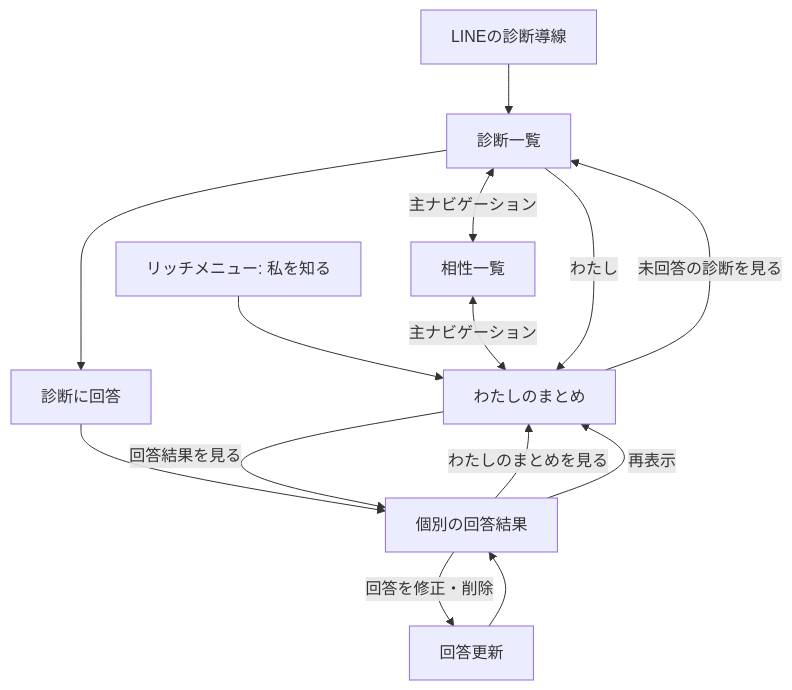
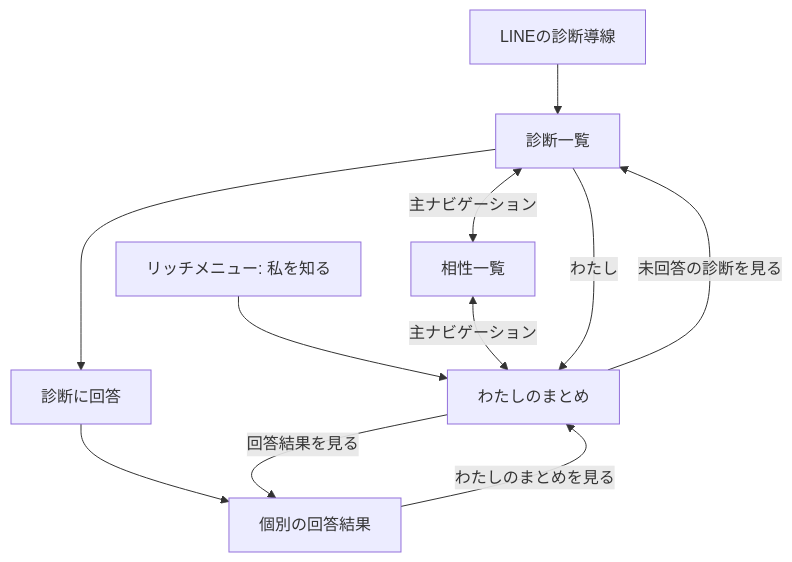
The first of 3 diagrams in docs/product/profile-summary-experience.md (kkyosuke/me-builder), drawn with Mermaid before and after one commit. The commit also changed other lines of this file and 57 other files, not shown here.

````diff
--- a/docs/product/profile-summary-experience.md
+++ b/docs/product/profile-summary-experience.md
@@ -149,16 +149,13 @@
 ```mermaid
 flowchart TD
     L[LINEの診断導線] --> H[診断一覧]
     M[リッチメニュー: 私を知る] --> P[わたしのまとめ]
     H <-->|主ナビゲーション| C[相性一覧]
     C <-->|主ナビゲーション| P
     H --> Q[診断に回答]
     Q --> R[個別の回答結果]
     H -->|わたし| P
     R -->|わたしのまとめを見る| P
     P -->|回答結果を見る| R
     P -->|未回答の診断を見る| H
-    R -->|回答を修正・削除| U[回答更新]
-    U --> R
-    R -->|再表示| P
 ```
````
